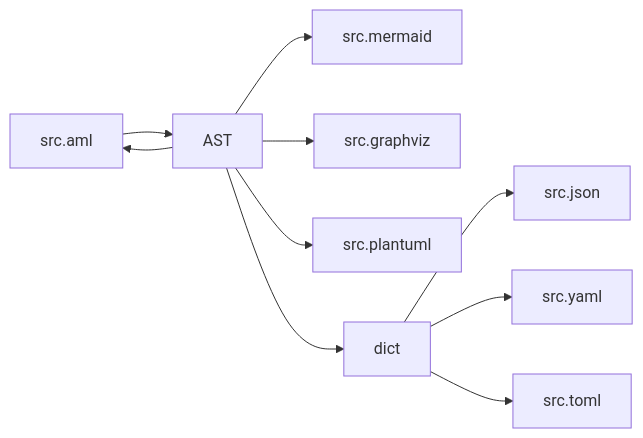
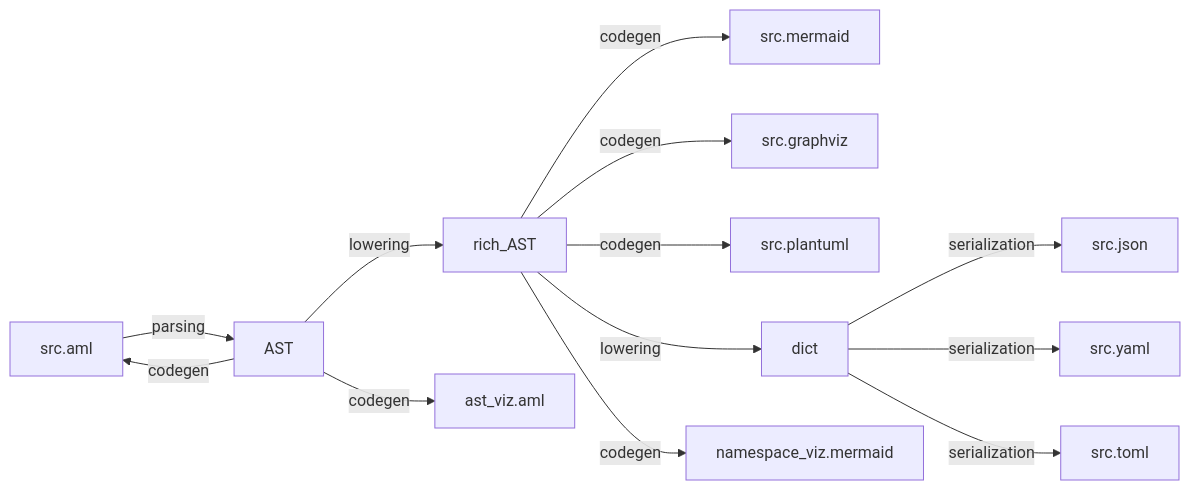
One commit to PanieriLorenzo/abstract-lang changed the diagram in docs/pipelines.md. Above: the diagram before and after it, drawn with Mermaid. The commit also changed 3 other files, not shown here.

````diff
--- a/docs/pipelines.md
+++ b/docs/pipelines.md
@@ -1,11 +1,14 @@
 ```mermaid
 graph LR
 
-src.aml --> AST --> src.mermaid
-AST --> src.graphviz
-AST --> src.plantuml
-AST --> dict --> src.json
-AST --> src.aml
-dict --> src.yaml
-dict --> src.toml
+src.aml --parsing--> AST --lowering--> rich_AST
+rich_AST --codegen--> src.mermaid
+rich_AST --codegen--> src.graphviz
+rich_AST --codegen--> src.plantuml
+rich_AST --lowering--> dict --serialization--> src.json
+AST --codegen--> src.aml
+dict --serialization--> src.yaml
+dict --serialization--> src.toml
+AST --codegen--> ast_viz.aml
+rich_AST --codegen--> namespace_viz.mermaid
 ```
````
